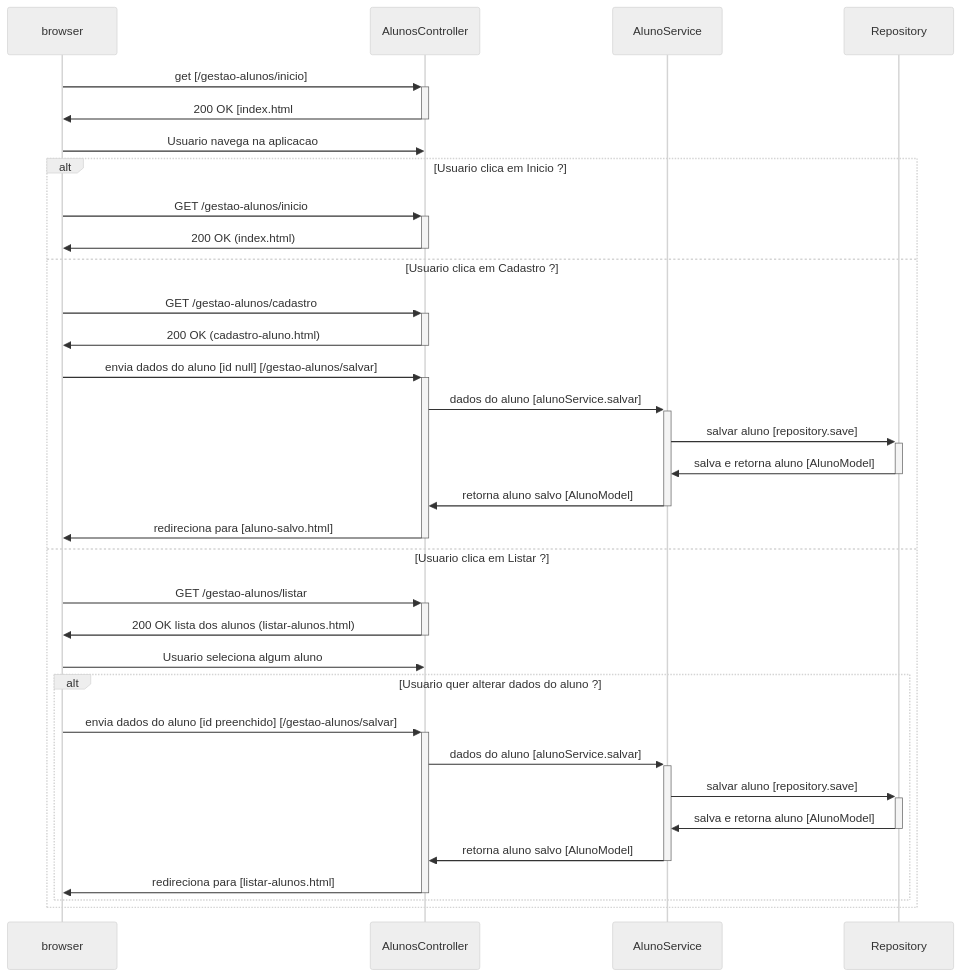
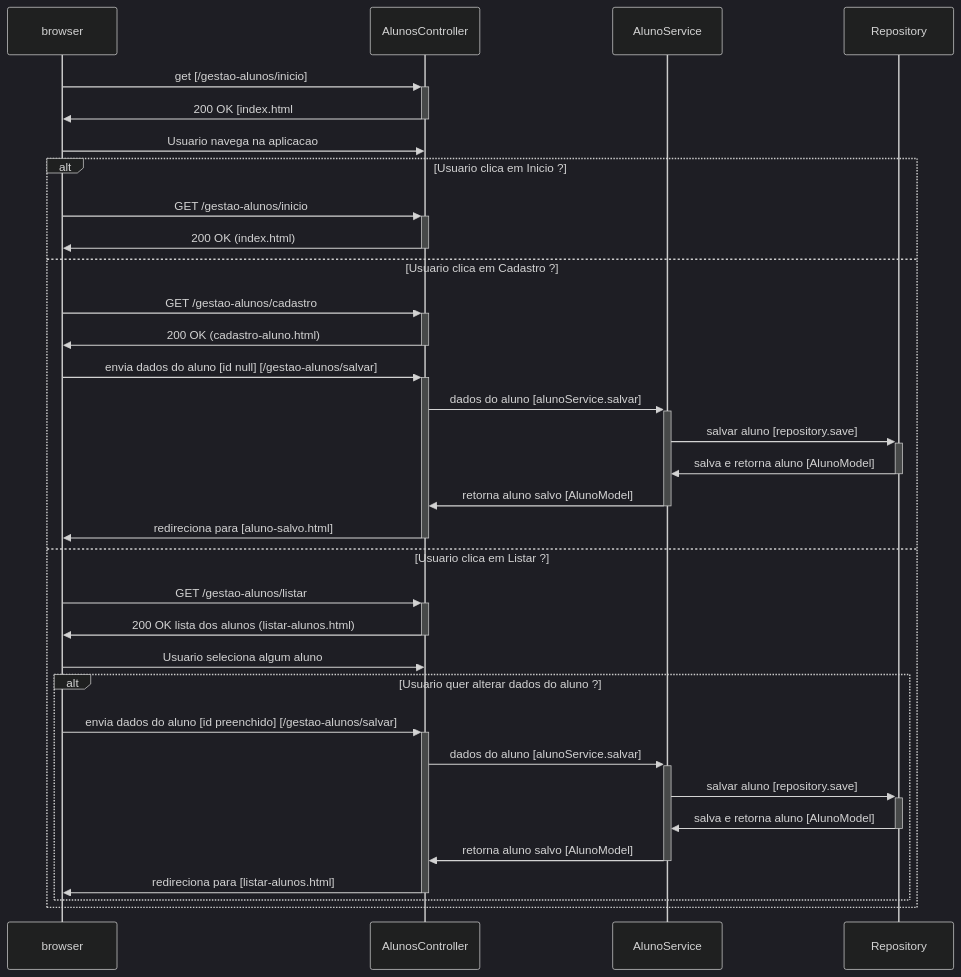
Before and after one commit to evertongodoy/gestao-alunos: the diagram in README.md, drawn with Mermaid.

````diff
--- a/README.md
+++ b/README.md
@@ -43,39 +43,39 @@
 ```mermaid
 ---
 config:
-  theme: neutral
+  theme: dark
 ---
 sequenceDiagram
     participant browser
     participant controller as AlunosController
     participant service as AlunoService
     participant repository as Repository
     browser->>+controller: get [/gestao-alunos/inicio]
     controller->>-browser: 200 OK [index.html
     browser->>controller: Usuario navega na aplicacao
     alt Usuario clica em Inicio ?
         browser->>+controller: GET /gestao-alunos/inicio
         controller->>-browser: 200 OK (index.html)
     else Usuario clica em Cadastro ?
         browser->>+controller: GET /gestao-alunos/cadastro
         controller->>-browser: 200 OK (cadastro-aluno.html)
         browser->>+controller: envia dados do aluno [id null] [/gestao-alunos/salvar]
         controller->>+service: dados do aluno [alunoService.salvar]
         service->>+repository: salvar aluno [repository.save]
         repository->>-service: salva e retorna aluno [AlunoModel]
         service->>-controller: retorna aluno salvo [AlunoModel]
         controller->>-browser: redireciona para [aluno-salvo.html]
     else Usuario clica em Listar ?
         browser->>+controller: GET /gestao-alunos/listar
         controller->>-browser: 200 OK lista dos alunos (listar-alunos.html)
         browser->>controller: Usuario seleciona algum aluno
         alt Usuario quer alterar dados do aluno ?
             browser->>+controller: envia dados do aluno [id preenchido] [/gestao-alunos/salvar]
             controller->>+service: dados do aluno [alunoService.salvar]
             service->>+repository: salvar aluno [repository.save]
             repository->>-service: salva e retorna aluno [AlunoModel]
             service->>-controller: retorna aluno salvo [AlunoModel]        
             controller->>-browser: redireciona para [listar-alunos.html]
         end    
     end
 ```
````
